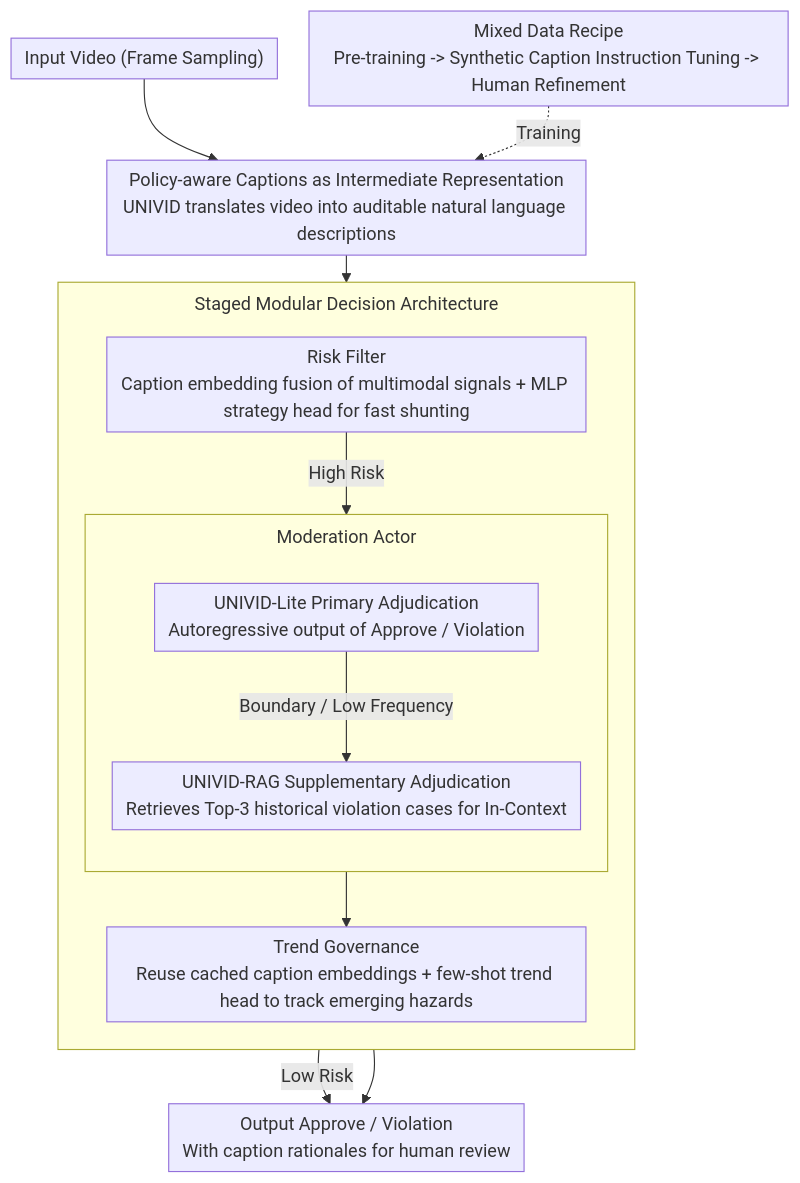
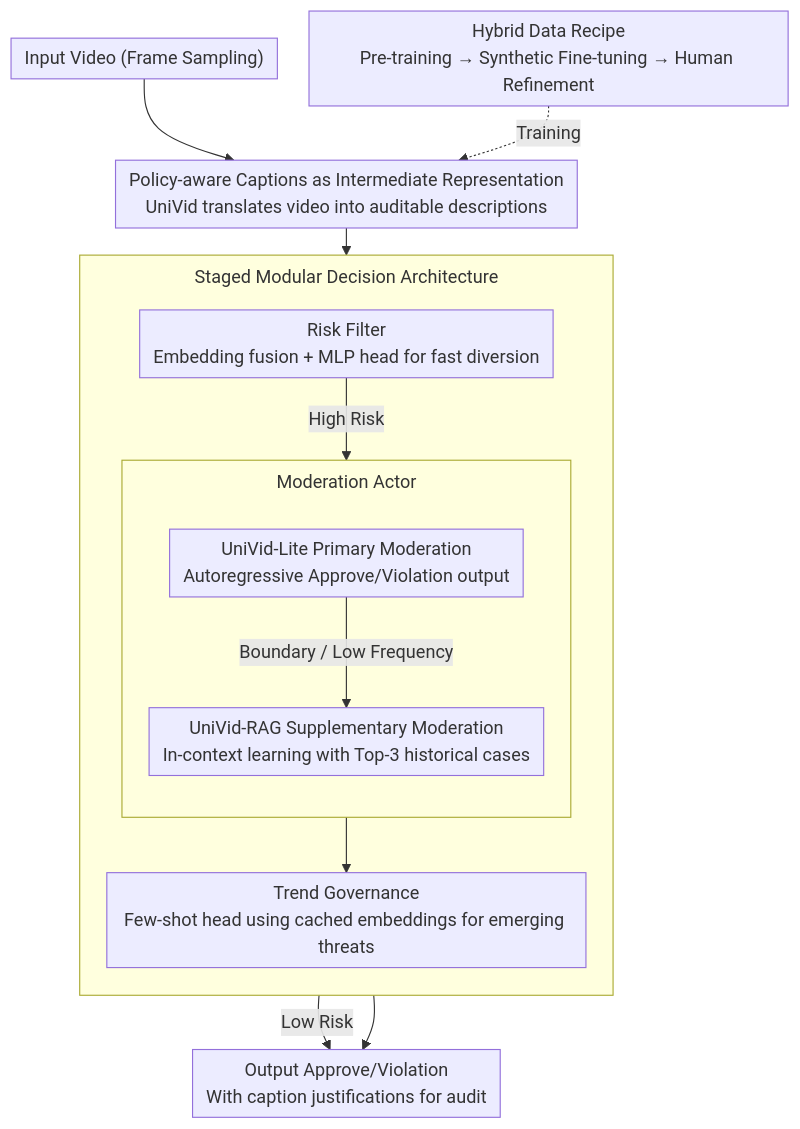
Before and after one commit to zhaoyang97/Paper-Notes-en: the diagram in docs/ACL2026/ai_safety/univid_unified_vision-language_model_for_video_moderation.md, drawn with Mermaid. The commit also changed other lines of this file and 5084 other files, not shown here.

````diff
--- a/docs/ACL2026/ai_safety/univid_unified_vision-language_model_for_video_moderation.md
+++ b/docs/ACL2026/ai_safety/univid_unified_vision-language_model_for_video_moderation.md
@@ -46,21 +46,21 @@
 ```mermaid
 %%{init: {'flowchart': {'rankSpacing': 24, 'nodeSpacing': 28, 'padding': 6, 'wrappingWidth': 400, 'subGraphTitleMargin': {'top': 8, 'bottom': 16}}}}%%
 flowchart TD
-    V["Input Video (Frame Sampling)"] --> CAP["Policy-aware Captions as Intermediate Representation<br/>UNIVID translates video into auditable natural language descriptions"]
-    DATA["Mixed Data Recipe<br/>Pre-training -> Synthetic Caption Instruction Tuning -> Human Refinement"] -.Training.-> CAP
+    V["Input Video (Frame Sampling)"] --> CAP["Policy-aware Captions as Intermediate Representation<br/>UniVid translates video into auditable descriptions"]
+    DATA["Hybrid Data Recipe<br/>Pre-training → Synthetic Fine-tuning → Human Refinement"] -.Training.-> CAP
     subgraph DEC["Staged Modular Decision Architecture"]
         direction TB
-        RF["Risk Filter<br/>Caption embedding fusion of multimodal signals + MLP strategy head for fast shunting"]
+        RF["Risk Filter<br/>Embedding fusion + MLP head for fast diversion"]
         subgraph MA["Moderation Actor"]
             direction TB
-            LITE["UNIVID-Lite Primary Adjudication<br/>Autoregressive output of Approve / Violation"]
-            RAG["UNIVID-RAG Supplementary Adjudication<br/>Retrieves Top-3 historical violation cases for In-Context"]
+            LITE["UniVid-Lite Primary Moderation<br/>Autoregressive Approve/Violation output"]
+            RAG["UniVid-RAG Supplementary Moderation<br/>In-context learning with Top-3 historical cases"]
             LITE -->|Boundary / Low Frequency| RAG
         end
         RF -->|High Risk| MA
-        MA --> TG["Trend Governance<br/>Reuse cached caption embeddings + few-shot trend head to track emerging hazards"]
+        MA --> TG["Trend Governance<br/>Few-shot head using cached embeddings for emerging threats"]
     end
     CAP --> RF
-    RF -->|Low Risk| OUT["Output Approve / Violation<br/>With caption rationales for human review"]
+    RF -->|Low Risk| OUT["Output Approve/Violation<br/>With caption justifications for audit"]
     TG --> OUT
 ```
````
